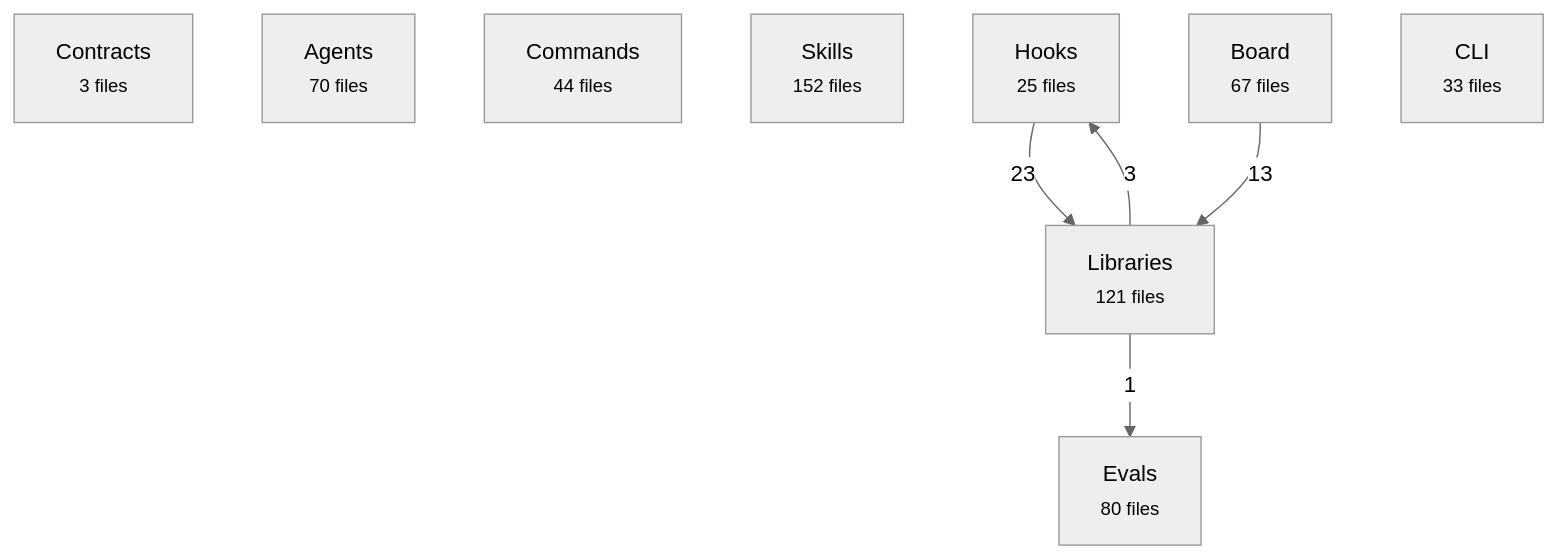
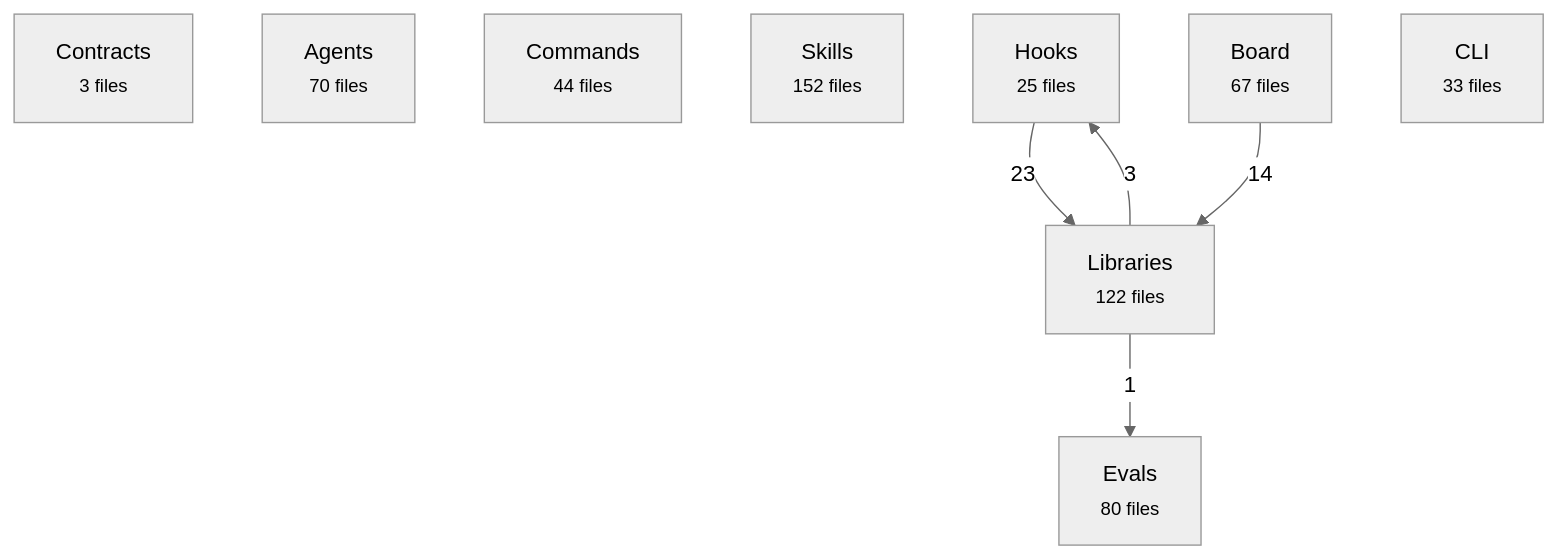
The first of 2 diagrams in docs/reference/architecture-map.md (avelikiy/great_cto), drawn with Mermaid (neutral theme) before and after one commit. The commit also changed other lines of this file and 5 other files, not shown here.

````diff
--- a/docs/reference/architecture-map.md
+++ b/docs/reference/architecture-map.md
@@ -20,16 +20,16 @@
 ```mermaid
 flowchart TD
   contracts["Contracts<br/><small>3 files</small>"]
   agents["Agents<br/><small>70 files</small>"]
   commands["Commands<br/><small>44 files</small>"]
   skills["Skills<br/><small>152 files</small>"]
   hooks["Hooks<br/><small>25 files</small>"]
-  libs["Libraries<br/><small>121 files</small>"]
+  libs["Libraries<br/><small>122 files</small>"]
   board["Board<br/><small>67 files</small>"]
   cli["CLI<br/><small>33 files</small>"]
   evals["Evals<br/><small>80 files</small>"]
   hooks -->|23| libs
-  board -->|13| libs
+  board -->|14| libs
   libs -->|3| hooks
   libs -->|1| evals
 ```
````
